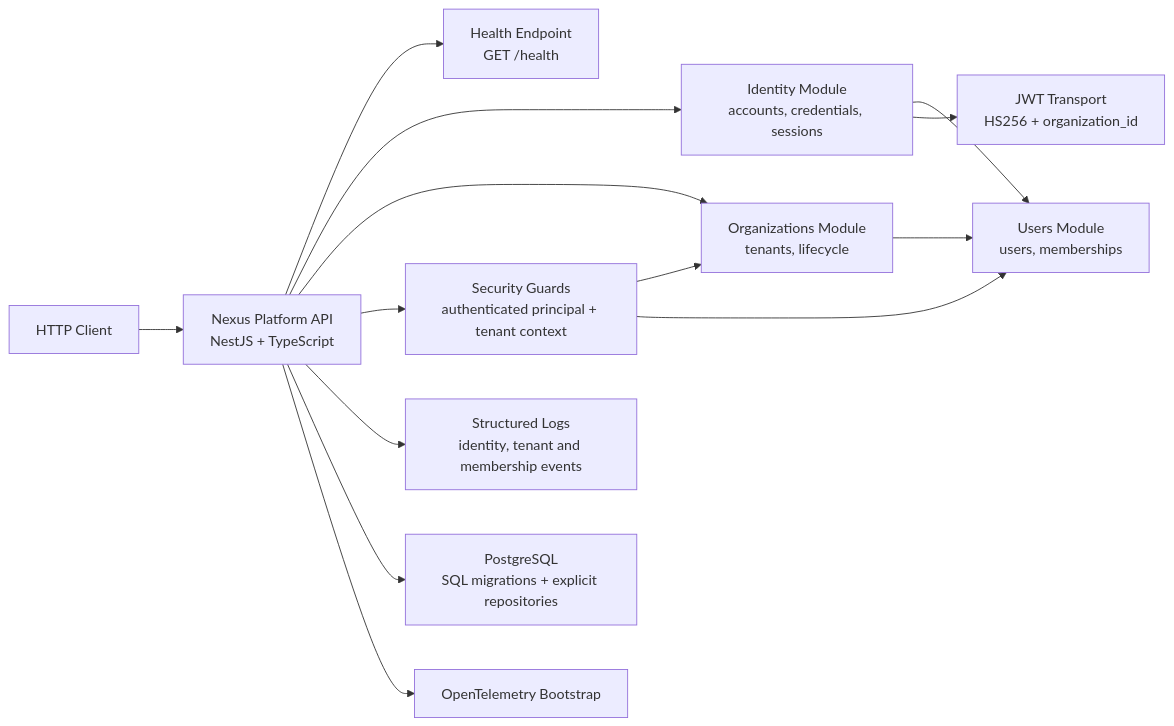
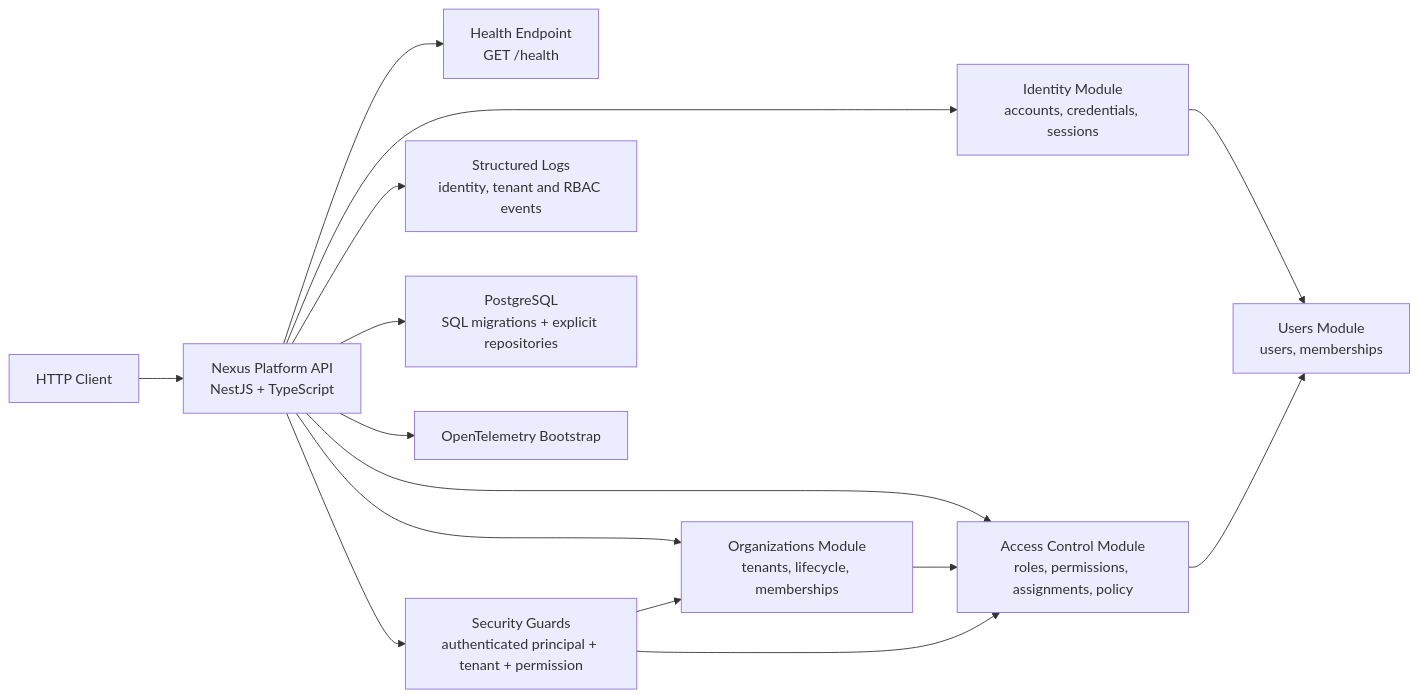
The diagram in docs/architecture.md (rgomids/nexus-platform), drawn with Mermaid before and after one commit. The commit also changed other lines of this file and 57 other files, not shown here.

First line of the commit message:
Add core identity flow with persisted sessions and updated platform docs (#4)

````diff
--- a/docs/architecture.md
+++ b/docs/architecture.md
@@ -9,16 +9,17 @@
 ```mermaid
 flowchart LR
   client["HTTP Client"] --> api["Nexus Platform API\nNestJS + TypeScript"]
   api --> health["Health Endpoint\nGET /health"]
   api --> identity["Identity Module\naccounts, credentials, sessions"]
-  api --> organizations["Organizations Module\ntenants, lifecycle"]
-  api --> guards["Security Guards\nauthenticated principal + tenant context"]
+  api --> organizations["Organizations Module\ntenants, lifecycle, memberships"]
+  api --> accessControl["Access Control Module\nroles, permissions, assignments, policy"]
+  api --> guards["Security Guards\nauthenticated principal + tenant + permission"]
   identity --> users["Users Module\nusers, memberships"]
-  identity --> jwt["JWT Transport\nHS256 + organization_id"]
+  organizations --> accessControl
+  accessControl --> users
   guards --> organizations
-  guards --> users
-  organizations --> users
-  api --> logs["Structured Logs\nidentity, tenant and membership events"]
+  guards --> accessControl
+  api --> logs["Structured Logs\nidentity, tenant and RBAC events"]
   api --> database["PostgreSQL\nSQL migrations + explicit repositories"]
   api --> telemetry["OpenTelemetry Bootstrap"]
 ```
````
